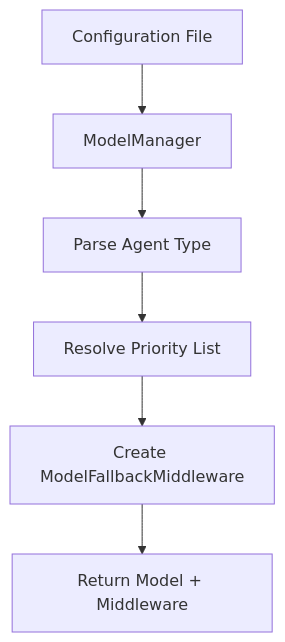
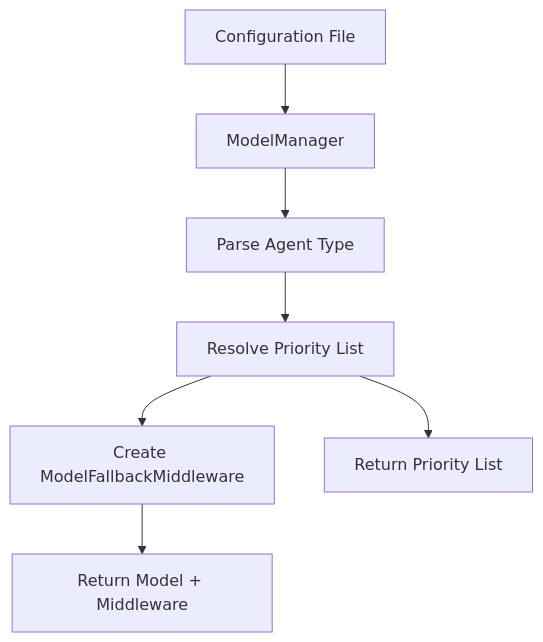
The diagram in docs/llm/model_manager.md (starpig1129/ai-discord-bot-PigPig), drawn with Mermaid before and after one commit. The commit also changed other lines of this file and 8 other files, not shown here.

````diff
--- a/docs/llm/model_manager.md
+++ b/docs/llm/model_manager.md
@@ -17,8 +17,9 @@
 ```mermaid
 graph TD
     A[Configuration File] --> B[ModelManager]
     B --> C[Parse Agent Type]
     C --> D[Resolve Priority List]
     D --> E[Create ModelFallbackMiddleware]
+    D --> G[Return Priority List]
     E --> F[Return Model + Middleware]
 ```
````
